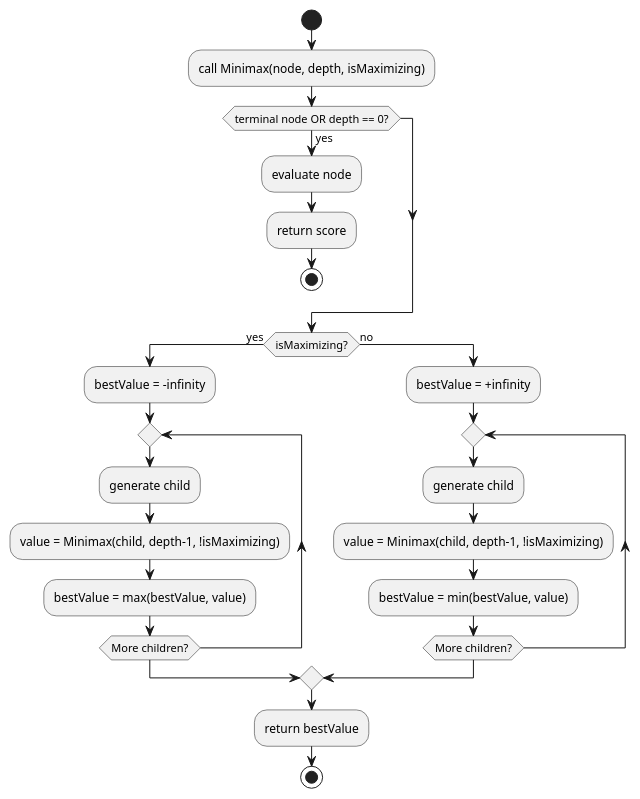
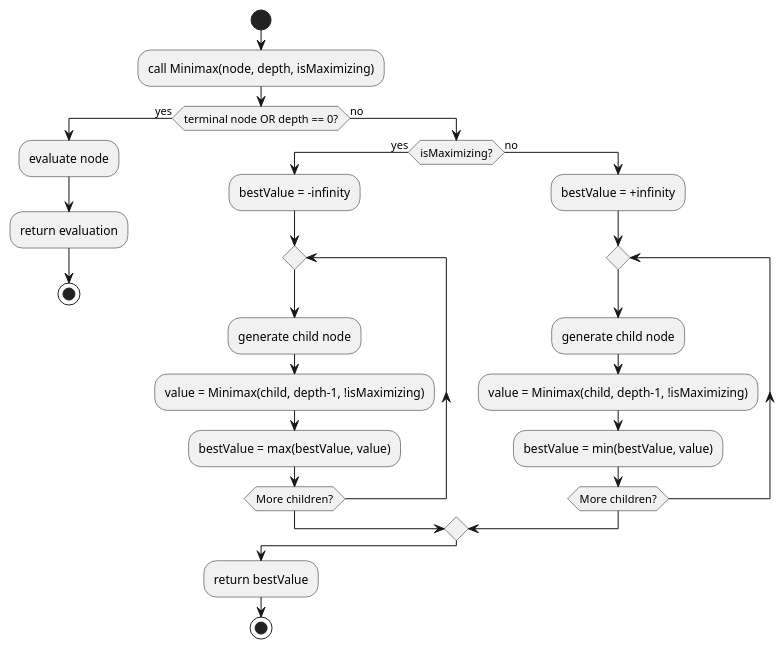
One commit to l2c0r3/blobfish changed the diagram in docs/plantuml/minimax-diagrams/general-minimax.puml. Above: the diagram before and after it, drawn with PlantUML.

Commit message:
add no verzweigung

```diff
--- a/docs/plantuml/minimax-diagrams/general-minimax.puml
+++ b/docs/plantuml/minimax-diagrams/general-minimax.puml
@@ -1,31 +1,31 @@
 @startuml
 start
 
 :call Minimax(node, depth, isMaximizing);
 
 if (terminal node OR depth == 0?) then (yes)
   :evaluate node;
-  :return score;
+  :return evaluation;
   stop
-endif
-
-if (isMaximizing?) then (yes)
-  :bestValue = -infinity;
-  repeat
-    :generate child;
-    :value = Minimax(child, depth-1, !isMaximizing);
-    :bestValue = max(bestValue, value);
-  repeat while (More children?)
 else (no)
-  :bestValue = +infinity;
-  repeat
-    :generate child;
-    :value = Minimax(child, depth-1, !isMaximizing);
-    :bestValue = min(bestValue, value);
-  repeat while (More children?)
+    if (isMaximizing?) then (yes)
+      :bestValue = -infinity;
+      repeat
+        :generate child node;
+        :value = Minimax(child, depth-1, !isMaximizing);
+        :bestValue = max(bestValue, value);
+      repeat while (More children?)
+    else (no)
+      :bestValue = +infinity;
+      repeat
+        :generate child node;
+        :value = Minimax(child, depth-1, !isMaximizing);
+        :bestValue = min(bestValue, value);
+      repeat while (More children?)
+    endif
 endif
 
 :return bestValue;
 stop
 
 @enduml
```
